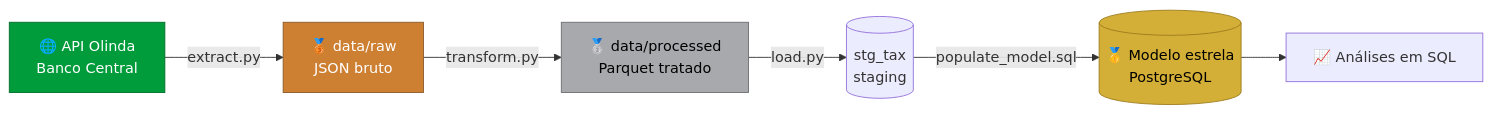
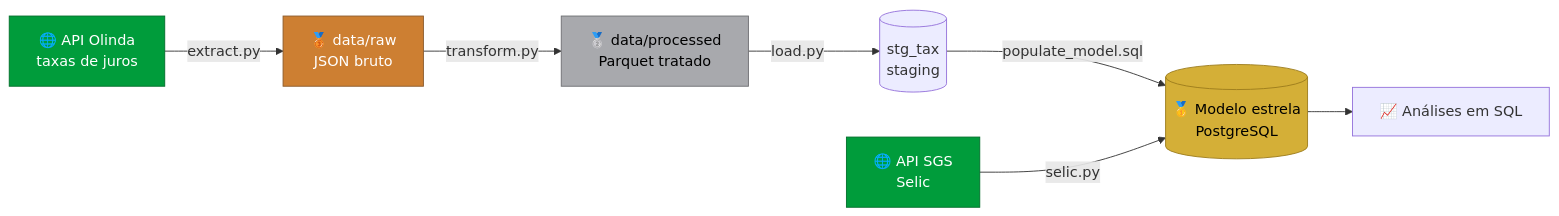
One commit to SaaaS04/Monitor_de_juros changed the first of 2 diagrams in README.md. Above: the diagram before and after it, drawn with Mermaid. The commit also changed other lines of this file, not shown here.

````diff
--- a/README.md
+++ b/README.md
@@ -67,13 +131,15 @@
 ```mermaid
 flowchart LR
-    API["🌐 API Olinda<br/>Banco Central"] -->|extract.py| RAW["🥉 data/raw<br/>JSON bruto"]
+    API["🌐 API Olinda<br/>taxas de juros"] -->|extract.py| RAW["🥉 data/raw<br/>JSON bruto"]
     RAW -->|transform.py| PROC["🥈 data/processed<br/>Parquet tratado"]
     PROC -->|load.py| STG[("stg_tax<br/>staging")]
     STG -->|populate_model.sql| STAR[("🥇 Modelo estrela<br/>PostgreSQL")]
+    SGS["🌐 API SGS<br/>Selic"] -->|selic.py| STAR
     STAR --> SQL["📈 Análises em SQL"]
 
     style API fill:#009C3B,color:#fff,stroke:#006e2a
+    style SGS fill:#009C3B,color:#fff,stroke:#006e2a
     style RAW fill:#CD7F32,color:#fff,stroke:#8b5a2b
     style PROC fill:#A8A9AD,color:#000,stroke:#6d6e71
     style STAR fill:#D4AF37,color:#000,stroke:#9c7c1c
 ```
````
